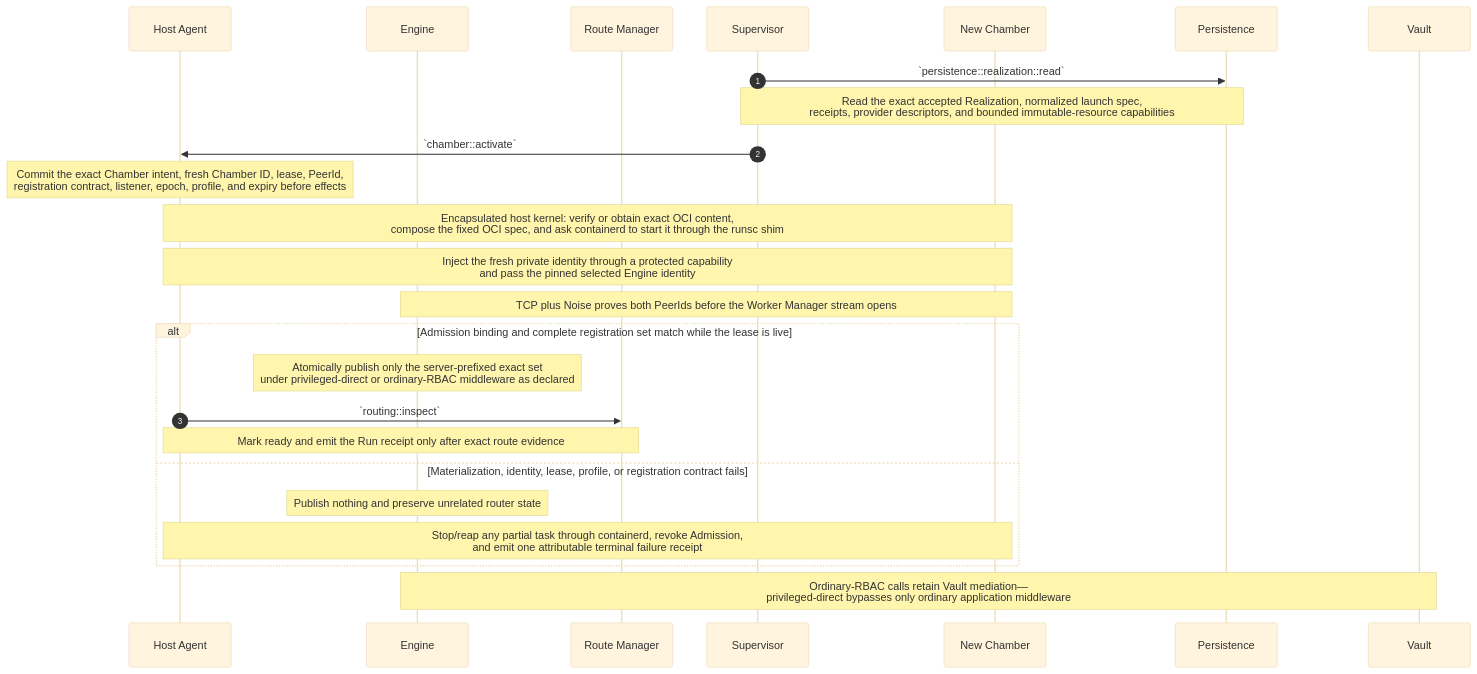
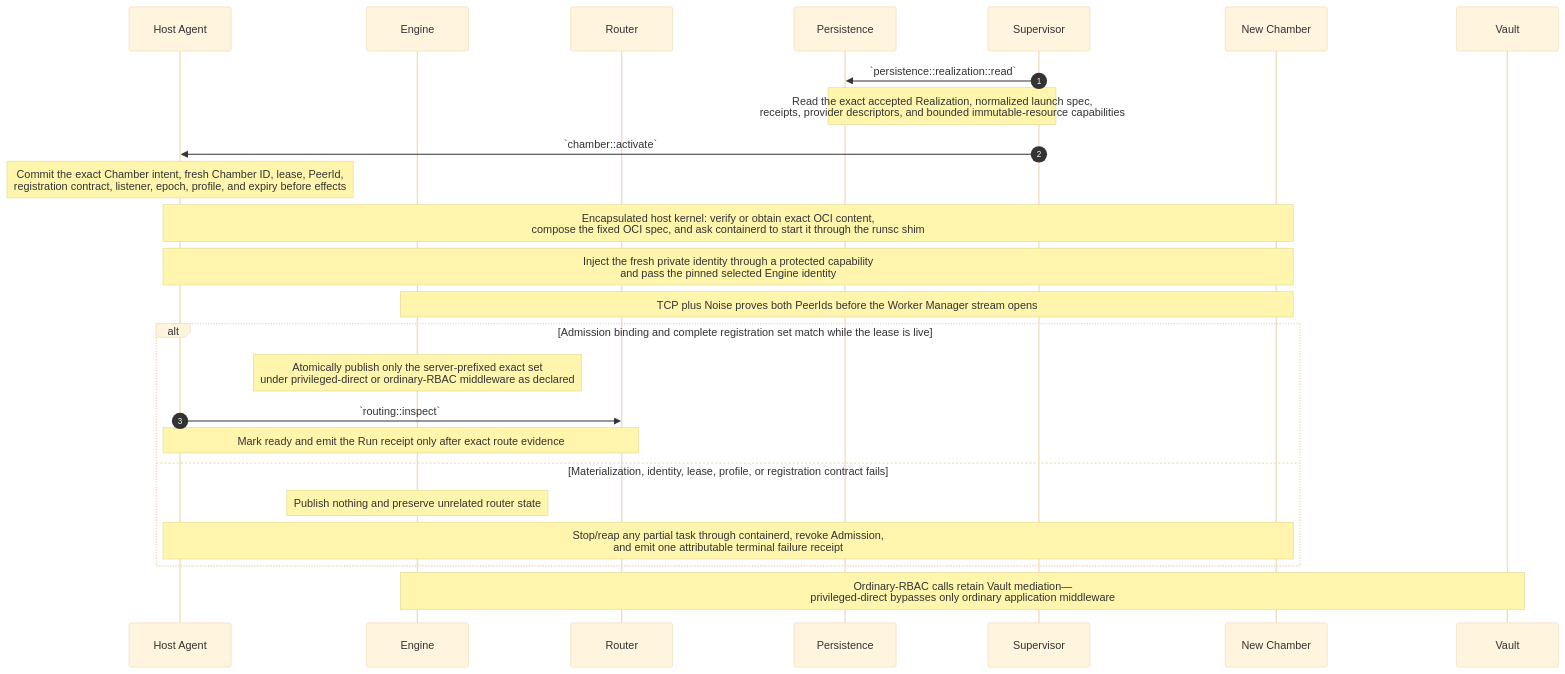
One commit to dreamcatcher-tech/chambers-lifecycle-explorer changed the seventh of 15 diagrams in source/chambers-lifecycle-sequences.md. Above: the diagram before and after it, drawn with Mermaid (base theme). The commit also changed other lines of this file and 9 other files, not shown here.

````diff
--- a/source/chambers-lifecycle-sequences.md
+++ b/source/chambers-lifecycle-sequences.md
@@ -879,28 +986,28 @@
 ```mermaid
 sequenceDiagram
     autonumber
     participant HostAgent as Host Agent
     participant Engine
-    participant RouteManager as Route Manager
+    participant Router as Router
+    participant Persistence
     participant Supervisor
     participant Chamber as New Chamber
-    participant Persistence
     participant Vault
 
     Supervisor->>Persistence: `persistence::realization::read`
     Note over Supervisor,Persistence: Read the exact accepted Realization, normalized launch spec,<br/>receipts, provider descriptors, and bounded immutable-resource capabilities
     Supervisor->>HostAgent: `chamber::activate`
     Note over HostAgent: Commit the exact Chamber intent, fresh Chamber ID, lease, PeerId,<br/>registration contract, listener, epoch, profile, and expiry before effects
     Note over HostAgent,Chamber: Encapsulated host kernel: verify or obtain exact OCI content,<br/>compose the fixed OCI spec, and ask containerd to start it through the runsc shim
     Note over HostAgent,Chamber: Inject the fresh private identity through a protected capability<br/>and pass the pinned selected Engine identity
     Note over Chamber,Engine: TCP plus Noise proves both PeerIds before the Worker Manager stream opens
     alt Admission binding and complete registration set match while the lease is live
         Note over Engine: Atomically publish only the server-prefixed exact set<br/>under privileged-direct or ordinary-RBAC middleware as declared
-        HostAgent->>RouteManager: `routing::inspect`
-        Note over HostAgent,RouteManager: Mark ready and emit the Run receipt only after exact route evidence
+        HostAgent->>Router: `routing::inspect`
+        Note over HostAgent,Router: Mark ready and emit the Run receipt only after exact route evidence
     else Materialization, identity, lease, profile, or registration contract fails
         Note over Engine: Publish nothing and preserve unrelated router state
         Note over HostAgent,Chamber: Stop/reap any partial task through containerd, revoke Admission,<br/>and emit one attributable terminal failure receipt
     end
     Note over Engine,Vault: Ordinary-RBAC calls retain Vault mediation—<br/>privileged-direct bypasses only ordinary application middleware
 ```
````
